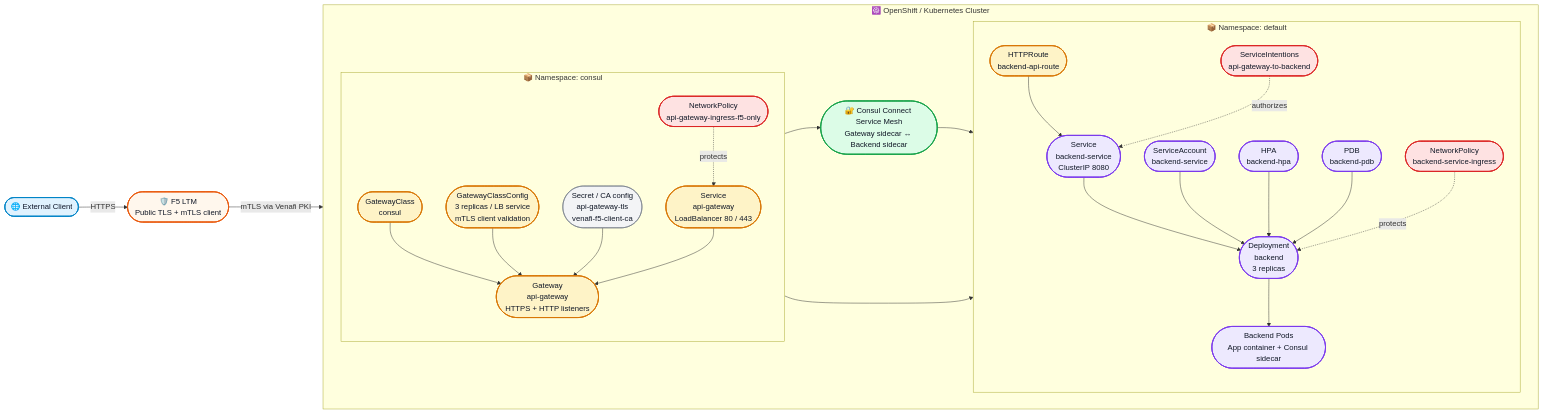
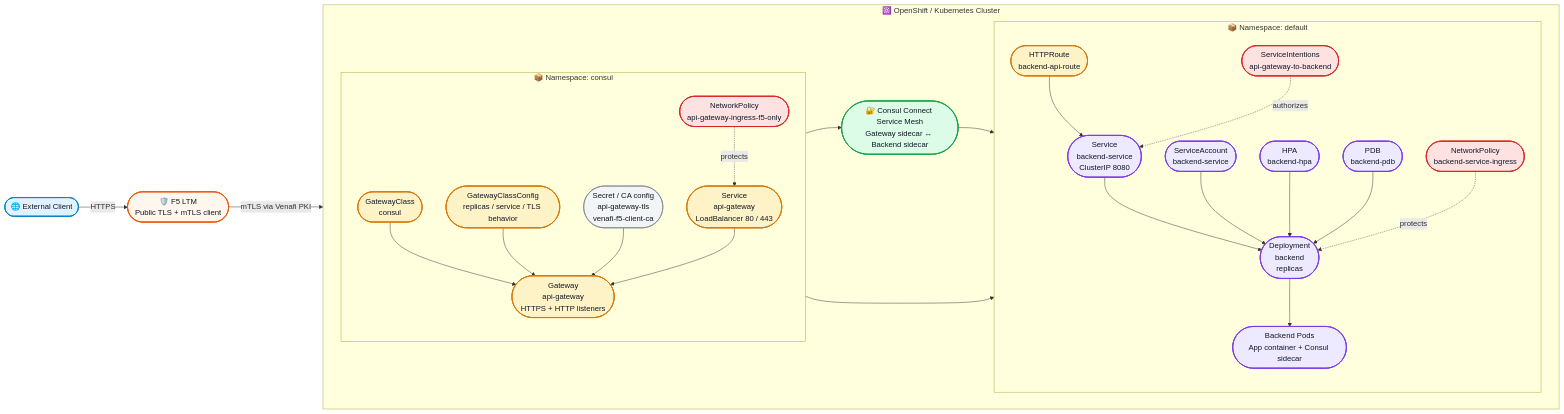
One commit to chris-lovett/API-Gateway-mTLS changed the second of 7 diagrams in docs/architecture-diagram.md. Above: the diagram before and after it, drawn with Mermaid. The commit also changed other lines of this file and 1 other file, not shown here.

Commit message:
Rewrite architecture docs into overview and operator deep dive

````diff
--- a/docs/architecture-diagram.md
+++ b/docs/architecture-diagram.md
@@ -66,72 +57,72 @@
 ```mermaid
 flowchart LR
     client([🌐 External Client])
     f5([🛡️ F5 LTM<br/>Public TLS + mTLS client])
 
     subgraph cluster[☸️ OpenShift / Kubernetes Cluster]
         direction LR
 
         subgraph consulns[📦 Namespace: consul]
             direction TB
             gc([GatewayClass<br/>consul])
-            gcc([GatewayClassConfig<br/>3 replicas / LB service<br/>mTLS client validation])
+            gcc([GatewayClassConfig<br/>replicas / service / TLS behavior])
             gwsvc([Service<br/>api-gateway<br/>LoadBalancer 80 / 443])
             gateway([Gateway<br/>api-gateway<br/>HTTPS + HTTP listeners])
             gwcert([Secret / CA config<br/>api-gateway-tls<br/>venafi-f5-client-ca])
             gwnp([NetworkPolicy<br/>api-gateway-ingress-f5-only])
         end
 
         subgraph defaultns[📦 Namespace: default]
             direction TB
             route([HTTPRoute<br/>backend-api-route])
             intent([ServiceIntentions<br/>api-gateway-to-backend])
             besvc([Service<br/>backend-service<br/>ClusterIP 8080])
-            bedeploy([Deployment<br/>backend<br/>3 replicas])
+            bedeploy([Deployment<br/>backend<br/>replicas])
             pods([Backend Pods<br/>App container + Consul sidecar])
             sa([ServiceAccount<br/>backend-service])
             hpa([HPA<br/>backend-hpa])
             pdb([PDB<br/>backend-pdb])
             benp([NetworkPolicy<br/>backend-service-ingress])
         end
 
         mesh([🔐 Consul Connect Service Mesh<br/>Gateway sidecar ↔ Backend sidecar])
 
         gc --> gateway
         gcc --> gateway
         gwcert --> gateway
         gwnp -. protects .-> gwsvc
         gwsvc --> gateway
 
         gateway --> route
         route --> besvc
         intent -. authorizes .-> besvc
         gateway --> mesh
         mesh --> besvc
 
         besvc --> bedeploy
         sa --> bedeploy
         hpa --> bedeploy
         pdb --> bedeploy
         benp -. protects .-> bedeploy
         bedeploy --> pods
     end
 
     client -->|HTTPS| f5
     f5 -->|mTLS via Venafi PKI| gwsvc
 
     classDef external fill:#e0f2fe,stroke:#0284c7,stroke-width:2px,color:#0f172a;
     classDef edgeClass fill:#fff7ed,stroke:#ea580c,stroke-width:2px,color:#111827;
     classDef ingressClass fill:#fef3c7,stroke:#d97706,stroke-width:2px,color:#111827;
     classDef meshClass fill:#dcfce7,stroke:#16a34a,stroke-width:2px,color:#111827;
     classDef appClass fill:#ede9fe,stroke:#7c3aed,stroke-width:2px,color:#111827;
     classDef policy fill:#fee2e2,stroke:#dc2626,stroke-width:2px,color:#111827;
     classDef aux fill:#f3f4f6,stroke:#6b7280,stroke-width:1px,color:#111827;
 
     class client external;
     class f5 edgeClass;
     class gc,gcc,gwsvc,gateway,route ingressClass;
     class mesh meshClass;
     class besvc,bedeploy,pods,sa,hpa,pdb appClass;
     class intent,gwnp,benp policy;
     class gwcert aux;
 ```
````
